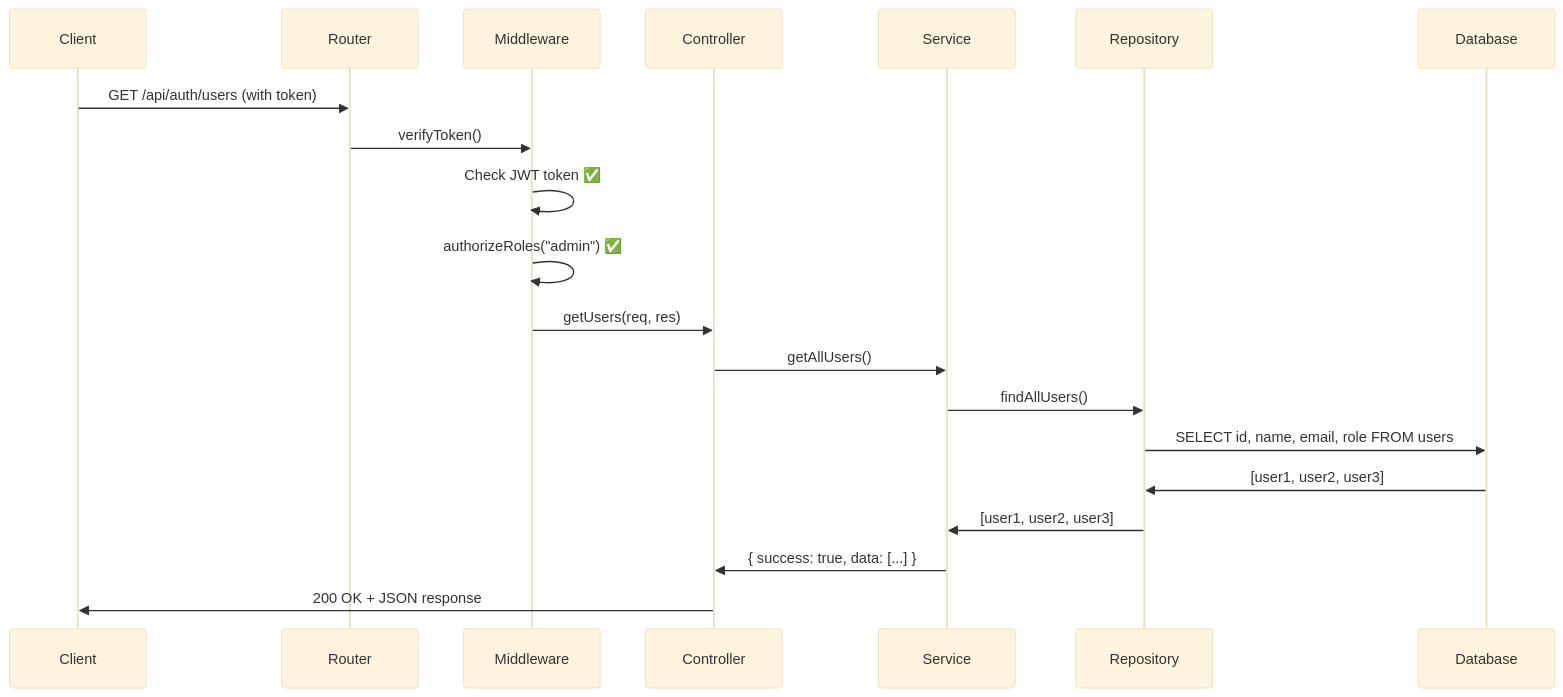
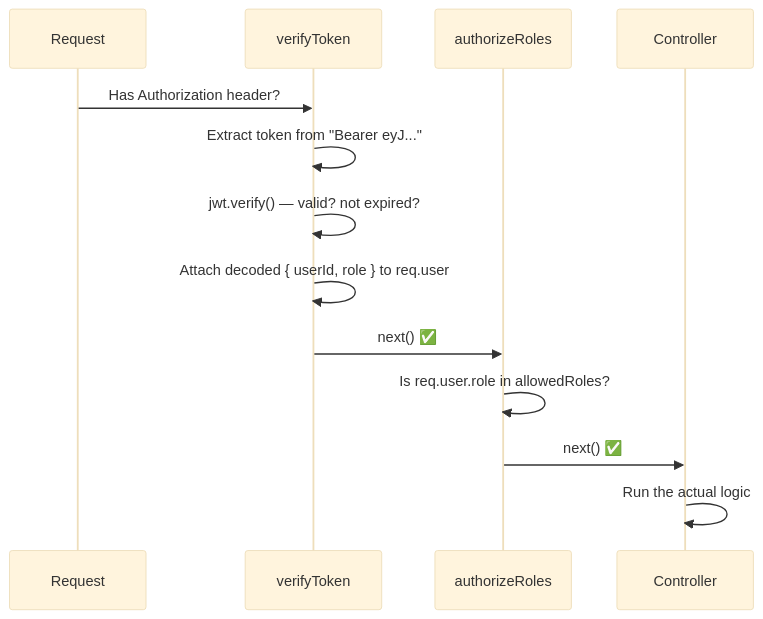
Before and after one commit to Nimsika-Bosilu/designHer_2.0-Student-Attendance-Management-System: diagram 28 of 33 in backend/README.md, drawn with Mermaid (base theme). The commit also changed other lines of this file and 1 other file, not shown here.

````diff
--- a/backend/README.md
+++ b/backend/README.md
@@ -1511,23 +1465,16 @@
 ```mermaid
 sequenceDiagram
-    participant C as Client
-    participant R as Router
-    participant M as Middleware
-    participant CT as Controller
-    participant S as Service
-    participant RP as Repository
-    participant DB as Database
+    participant R as Request
+    participant VT as verifyToken
+    participant AR as authorizeRoles
+    participant C as Controller
 
-    C->>R: GET /api/auth/users (with token)
-    R->>M: verifyToken()
-    M->>M: Check JWT token ✅
-    M->>M: authorizeRoles("admin") ✅
-    M->>CT: getUsers(req, res)
-    CT->>S: getAllUsers()
-    S->>RP: findAllUsers()
-    RP->>DB: SELECT id, name, email, role FROM users
-    DB->>RP: [user1, user2, user3]
-    RP->>S: [user1, user2, user3]
-    S->>CT: { success: true, data: [...] }
-    CT->>C: 200 OK + JSON response
+    R->>VT: Has Authorization header?
+    VT->>VT: Extract token from "Bearer eyJ..."
+    VT->>VT: jwt.verify() — valid? not expired?
+    VT->>VT: Attach decoded { userId, role } to req.user
+    VT->>AR: next() ✅
+    AR->>AR: Is req.user.role in allowedRoles?
+    AR->>C: next() ✅
+    C->>C: Run the actual logic
 ```
````
